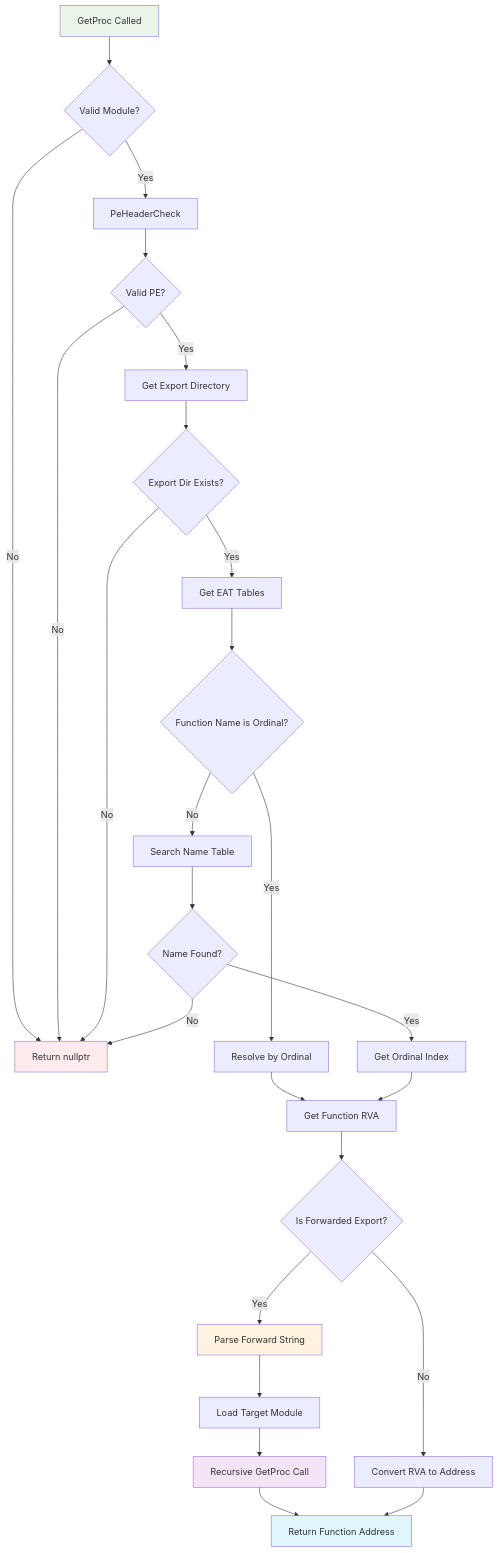
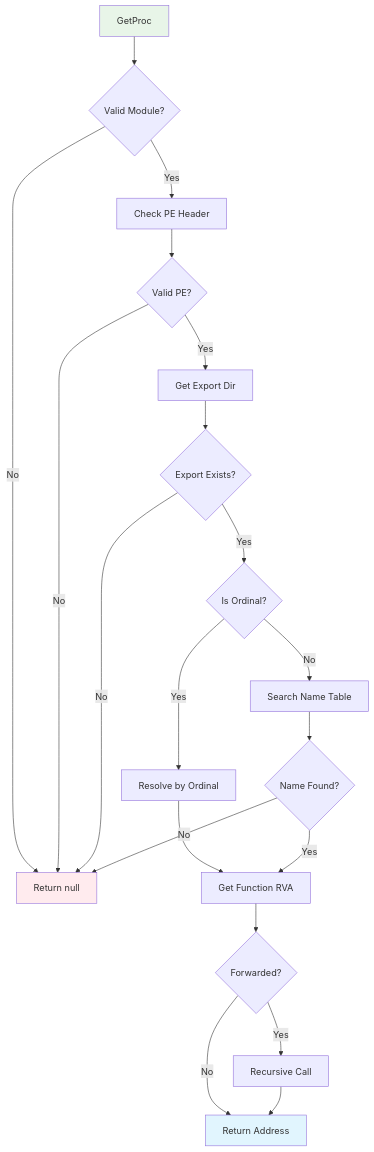
Before and after one commit to usuiWind/Windows-Import-Resolver: the third of 11 diagrams in diagrams.md, drawn with Mermaid. The commit also changed other lines of this file, not shown here.

````diff
--- a/diagrams.md
+++ b/diagrams.md
@@ -62,33 +52,26 @@
 ```mermaid
 flowchart TD
-    A[GetProc Called] --> B{Valid Module?}
-    B -->|No| C[Return nullptr]
-    B -->|Yes| D[PeHeaderCheck]
+    A[GetProc] --> B{Valid Module?}
+    B -->|No| C[Return null]
+    B -->|Yes| D[Check PE Header]
     D --> E{Valid PE?}
     E -->|No| C
-    E -->|Yes| F[Get Export Directory]
-    F --> G{Export Dir Exists?}
+    E -->|Yes| F[Get Export Dir]
+    F --> G{Export Exists?}
     G -->|No| C
-    G -->|Yes| H[Get EAT Tables]
-    H --> I{Function Name is Ordinal?}
-    I -->|Yes| J[Resolve by Ordinal]
-    I -->|No| K[Search Name Table]
-    J --> L[Get Function RVA]
-    K --> M{Name Found?}
-    M -->|No| C
-    M -->|Yes| N[Get Ordinal Index]
-    N --> L
-    L --> O{Is Forwarded Export?}
-    O -->|Yes| P[Parse Forward String]
-    O -->|No| Q[Convert RVA to Address]
-    P --> R[Load Target Module]
-    R --> S[Recursive GetProc Call]
-    S --> T[Return Function Address]
-    Q --> T
+    G -->|Yes| H{Is Ordinal?}
+    H -->|Yes| I[Resolve by Ordinal]
+    H -->|No| J[Search Name Table]
+    I --> K[Get Function RVA]
+    J --> L{Name Found?}
+    L -->|No| C
+    L -->|Yes| K
+    K --> M{Forwarded?}
+    M -->|Yes| N[Recursive Call]
+    M -->|No| O[Return Address]
+    N --> O
     
     style A fill:#e8f5e8
     style C fill:#ffebee
-    style T fill:#e1f5fe
-    style P fill:#fff3e0
-    style S fill:#f3e5f5
+    style O fill:#e1f5fe
 ```
````
